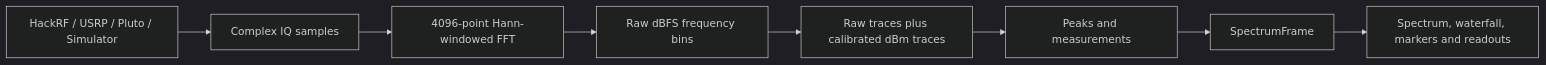
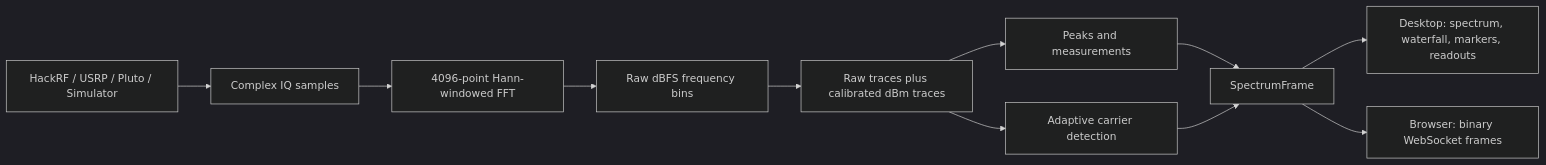
The diagram in README.md (satcomproject25/Cross-SDR-Spectrum-Analyzer), drawn with Mermaid (dark theme) before and after one commit. The commit also changed other lines of this file and 6 other files, not shown here.

````diff
--- a/README.md
+++ b/README.md
@@ -45,10 +48,13 @@
 ```mermaid
 flowchart LR
     A["HackRF / USRP / Pluto / Simulator"] --> B["Complex IQ samples"]
     B --> C["4096-point Hann-windowed FFT"]
     C --> D["Raw dBFS frequency bins"]
     D --> E["Raw traces plus calibrated dBm traces"]
     E --> F["Peaks and measurements"]
+    E --> I["Adaptive carrier detection"]
     F --> G["SpectrumFrame"]
-    G --> H["Spectrum, waterfall, markers and readouts"]
+    I --> G
+    G --> H["Desktop: spectrum, waterfall, markers, readouts"]
+    G --> J["Browser: binary WebSocket frames"]
 ```
````
